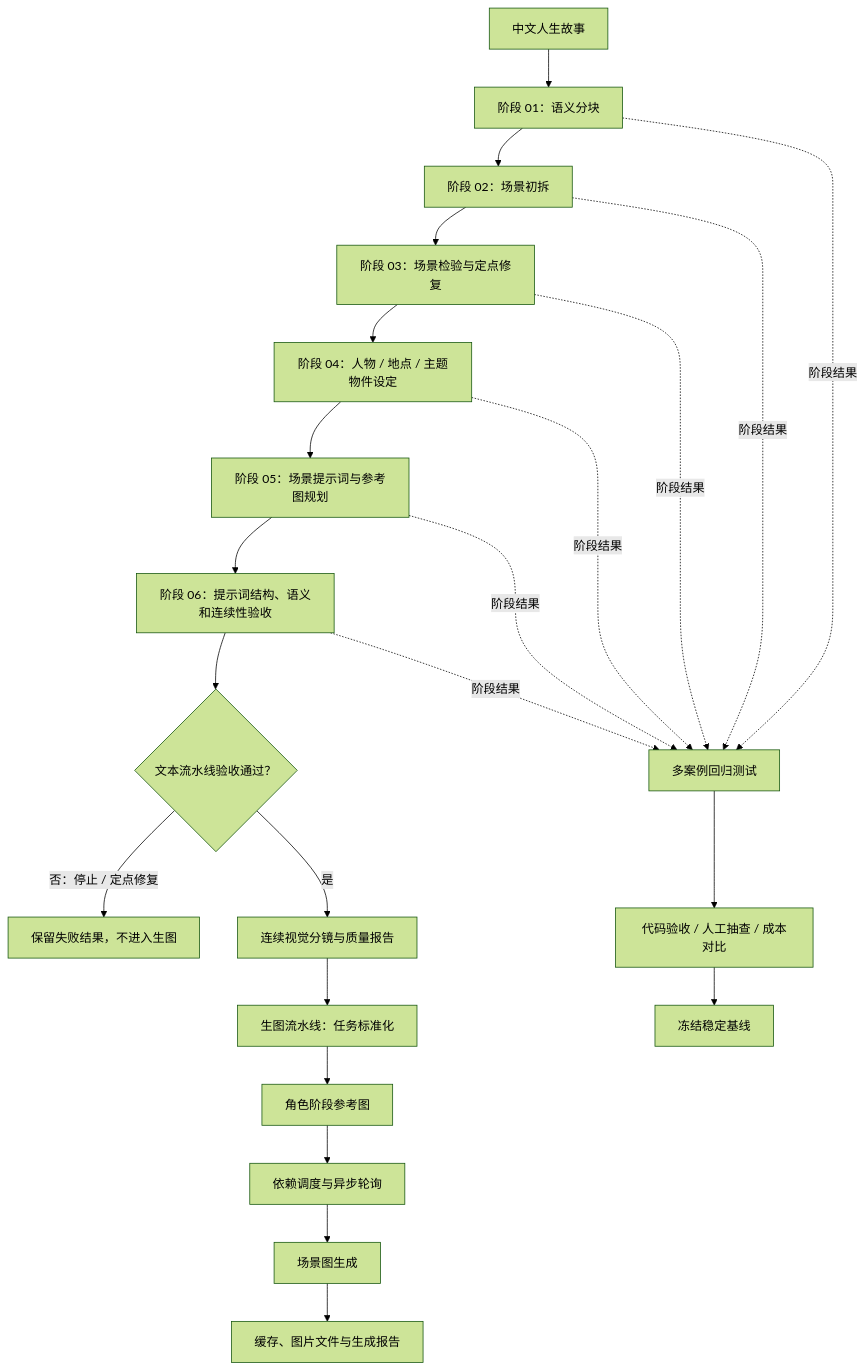
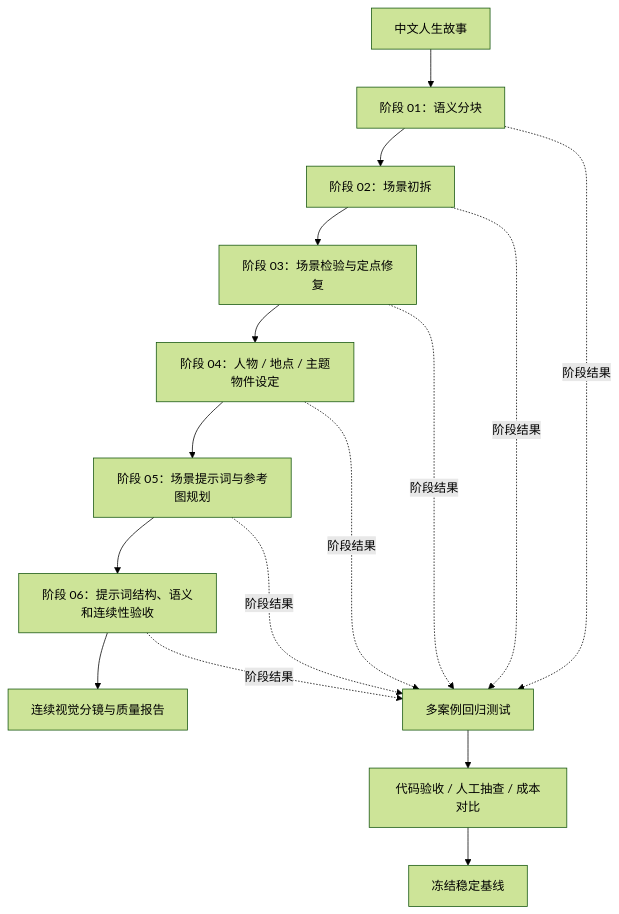
The diagram in README.md (mayikanga/ai-narrative-pipeline-portfolio), drawn with Mermaid (forest theme) before and after one commit.

Commit message:
恢复六阶段整体架构图

````diff
--- a/README.md
+++ b/README.md
@@ -66,26 +66,19 @@
 ```mermaid
 flowchart TB
     A["中文人生故事"] --> B["阶段 01：语义分块"]
     B --> C["阶段 02：场景初拆"]
     C --> D["阶段 03：场景检验与定点修复"]
     D --> E["阶段 04：人物 / 地点 / 主题物件设定"]
     E --> F["阶段 05：场景提示词与参考图规划"]
     F --> G["阶段 06：提示词结构、语义和连续性验收"]
-    G --> Q{"文本流水线验收通过？"}
-    Q -->|"否：停止 / 定点修复"| X["保留失败结果，不进入生图"]
-    Q -->|"是"| H["连续视觉分镜与质量报告"]
-    H --> I["生图流水线：任务标准化"]
-    I --> J["角色阶段参考图"]
-    J --> K["依赖调度与异步轮询"]
-    K --> L["场景图生成"]
-    L --> M["缓存、图片文件与生成报告"]
+    G --> H["连续视觉分镜与质量报告"]
 
     B -.阶段结果.-> R["多案例回归测试"]
     C -.阶段结果.-> R
     D -.阶段结果.-> R
     E -.阶段结果.-> R
     F -.阶段结果.-> R
     G -.阶段结果.-> R
     R --> S["代码验收 / 人工抽查 / 成本对比"]
     S --> T["冻结稳定基线"]
 ```
````
